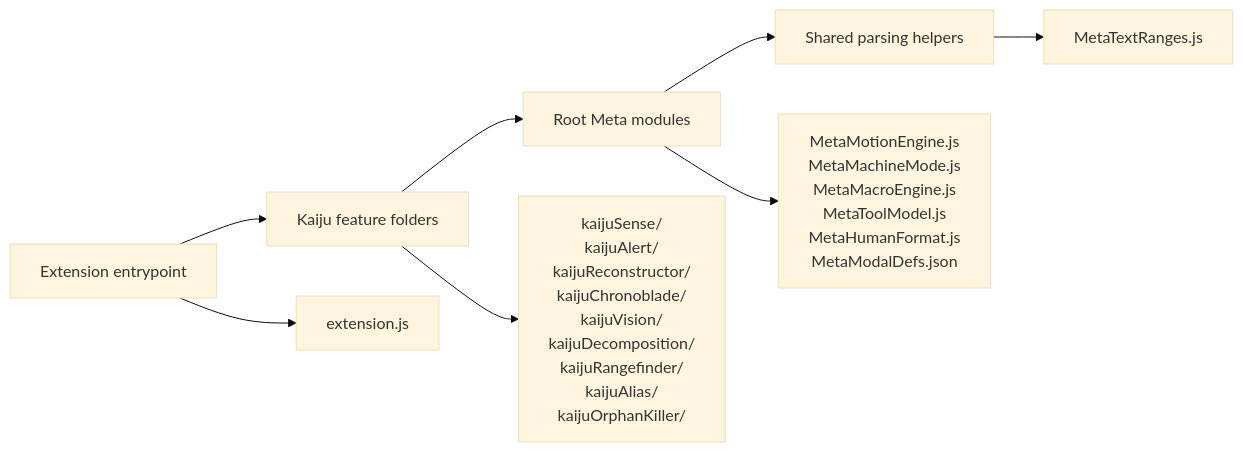
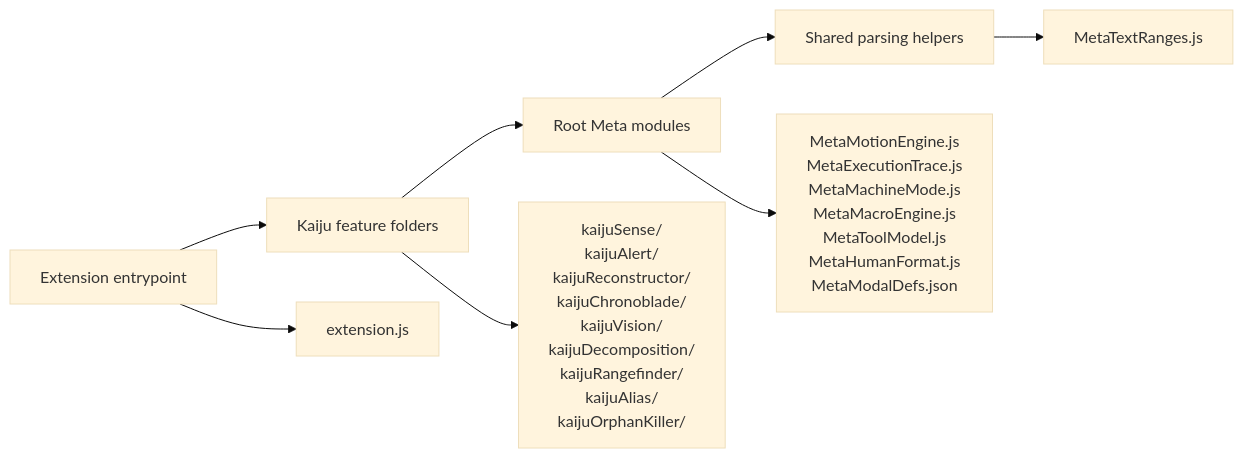
One commit to The-paulster/kaiju.nc changed the second of 2 diagrams in MODULE_DEPENDENCIES.md. Above: the diagram before and after it, drawn with Mermaid (base theme). The commit also changed other lines of this file and 12 other files, not shown here.

````diff
--- a/MODULE_DEPENDENCIES.md
+++ b/MODULE_DEPENDENCIES.md
@@ -81,16 +86,16 @@
 ```mermaid
 flowchart LR
 	entry[Extension entrypoint] --> features[Kaiju feature folders]
 	features --> meta[Root Meta modules]
 	meta --> utility[Shared parsing helpers]
 
 	entryModules["extension.js"]
 	featureModules["kaijuSense/<br/>kaijuAlert/<br/>kaijuReconstructor/<br/>kaijuChronoblade/<br/>kaijuVision/<br/>kaijuDecomposition/<br/>kaijuRangefinder/<br/>kaijuAlias/<br/>kaijuOrphanKiller/"]
-	metaModules["MetaMotionEngine.js<br/>MetaMachineMode.js<br/>MetaMacroEngine.js<br/>MetaToolModel.js<br/>MetaHumanFormat.js<br/>MetaModalDefs.json"]
+	metaModules["MetaMotionEngine.js<br/>MetaExecutionTrace.js<br/>MetaMachineMode.js<br/>MetaMacroEngine.js<br/>MetaToolModel.js<br/>MetaHumanFormat.js<br/>MetaModalDefs.json"]
 	utilityModules["MetaTextRanges.js"]
 
 	entry --> entryModules
 	features --> featureModules
 	meta --> metaModules
 	utility --> utilityModules
 ```
````
